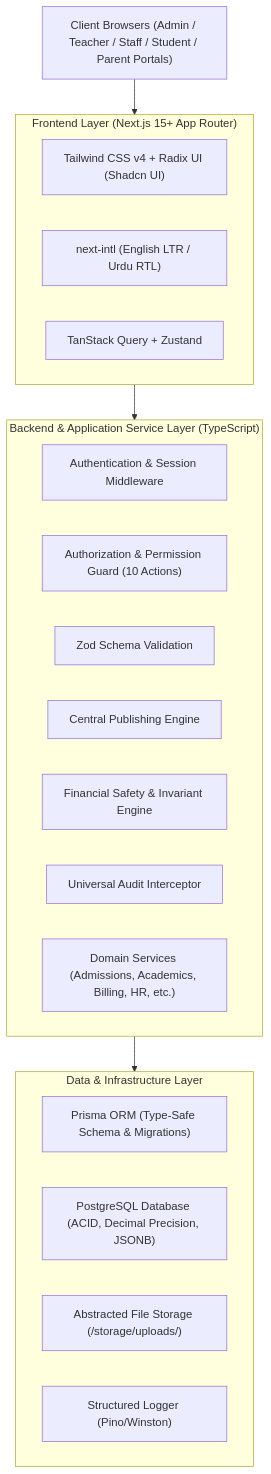
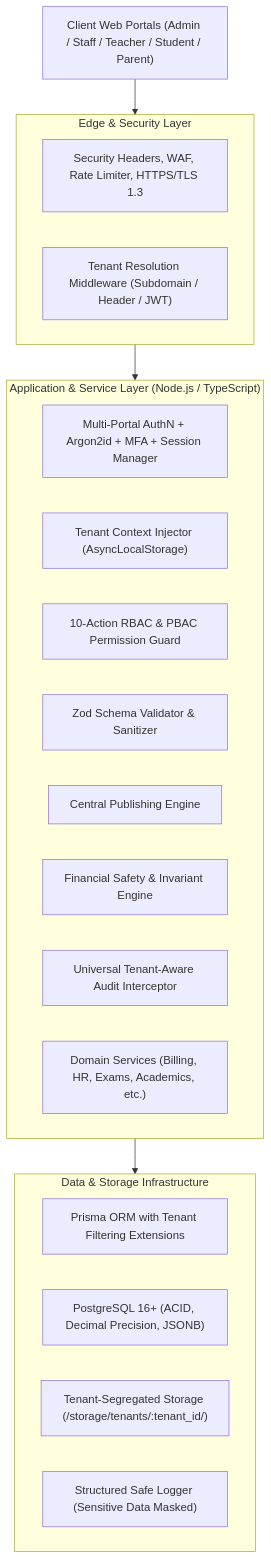
The second of 2 diagrams in docs/architecture/SYSTEM_ARCHITECTURE.md (Rafiq2345/School-ERP), drawn with Mermaid before and after one commit. The commit also changed other lines of this file and 15 other files, not shown here.

Commit message:
docs: incorporate commercial product model, tenant isolation, platform control, and security DoD

````diff
--- a/docs/architecture/SYSTEM_ARCHITECTURE.md
+++ b/docs/architecture/SYSTEM_ARCHITECTURE.md
@@ -20,31 +49,31 @@
 ```mermaid
 graph TD
-    Client["Client Browsers (Admin / Teacher / Staff / Student / Parent Portals)"]
+    Client["Client Web Portals (Admin / Staff / Teacher / Student / Parent)"]
     
-    subgraph Frontend["Frontend Layer (Next.js 15+ App Router)"]
-        UI["Tailwind CSS v4 + Radix UI (Shadcn UI)"]
-        I18N["next-intl (English LTR / Urdu RTL)"]
-        State["TanStack Query + Zustand"]
+    subgraph EdgeAndSecurity["Edge & Security Layer"]
+        WAF["Security Headers, WAF, Rate Limiter, HTTPS/TLS 1.3"]
+        TenantResolver["Tenant Resolution Middleware (Subdomain / Header / JWT)"]
     end
     
-    subgraph Backend["Backend & Application Service Layer (TypeScript)"]
-        Auth["Authentication & Session Middleware"]
-        RBAC["Authorization & Permission Guard (10 Actions)"]
-        Val["Zod Schema Validation"]
+    subgraph ApplicationLayer["Application & Service Layer (Node.js / TypeScript)"]
+        AuthN["Multi-Portal AuthN + Argon2id + MFA + Session Manager"]
+        TenantContext["Tenant Context Injector (AsyncLocalStorage)"]
+        AuthZ["10-Action RBAC & PBAC Permission Guard"]
+        Validation["Zod Schema Validator & Sanitizer"]
         PublishEngine["Central Publishing Engine"]
         FinanceEngine["Financial Safety & Invariant Engine"]
-        AuditEngine["Universal Audit Interceptor"]
-        DomainServices["Domain Services (Admissions, Academics, Billing, HR, etc.)"]
+        AuditEngine["Universal Tenant-Aware Audit Interceptor"]
+        DomainServices["Domain Services (Billing, HR, Exams, Academics, etc.)"]
     end
     
-    subgraph Data["Data & Infrastructure Layer"]
-        Prisma["Prisma ORM (Type-Safe Schema & Migrations)"]
-        PostgreSQL["PostgreSQL Database (ACID, Decimal Precision, JSONB)"]
-        FileStore["Abstracted File Storage (/storage/uploads/)"]
-        Logger["Structured Logger (Pino/Winston)"]
+    subgraph DataLayer["Data & Storage Infrastructure"]
+        Prisma["Prisma ORM with Tenant Filtering Extensions"]
+        PostgreSQL["PostgreSQL 16+ (ACID, Decimal Precision, JSONB)"]
+        IsolatedStorage["Tenant-Segregated Storage (/storage/tenants/:tenant_id/)"]
+        Logger["Structured Safe Logger (Sensitive Data Masked)"]
     end
 
-    Client --> Frontend
-    Frontend --> Backend
-    Backend --> Data
+    Client --> EdgeAndSecurity
+    EdgeAndSecurity --> ApplicationLayer
+    ApplicationLayer --> DataLayer
 ```
````
